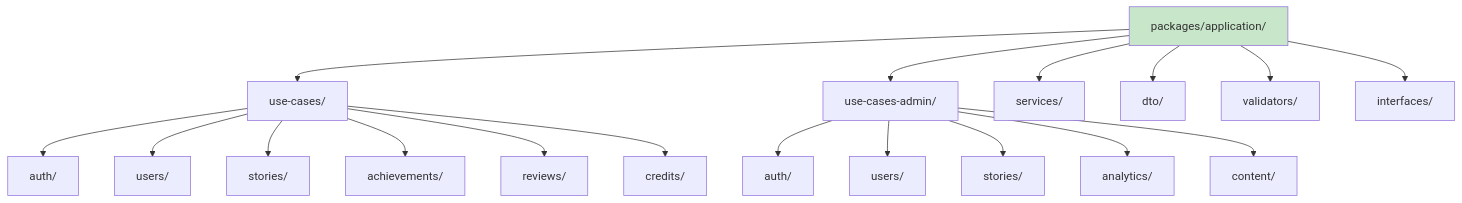
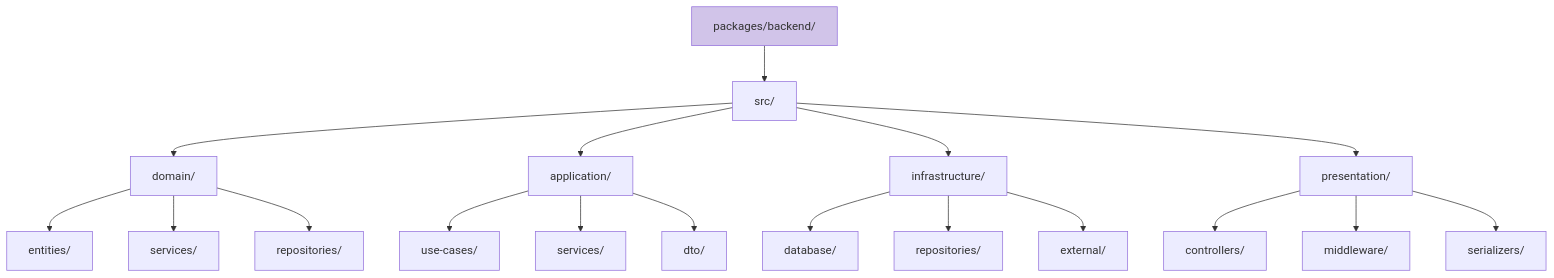
One commit to 90n9/talepick changed the fifth of 12 diagrams in FOLDER_STRUCTURE.md. Above: the diagram before and after it, drawn with Mermaid. The commit also changed other lines of this file and 46 other files, not shown here.

````diff
--- a/FOLDER_STRUCTURE.md
+++ b/FOLDER_STRUCTURE.md
@@ -175,24 +136,26 @@
 ```mermaid
 graph TD
-    A[packages/application/] --> B[use-cases/]
-    A --> C[use-cases-admin/]
-    A --> D[services/]
-    A --> E[dto/]
-    A --> F[validators/]
-    A --> G[interfaces/]
+    A[packages/backend/] --> B[src/]
+    B --> B1[domain/]
+    B --> B2[application/]
+    B --> B3[infrastructure/]
+    B --> B4[presentation/]
 
-    B --> B1[auth/]
-    B --> B2[users/]
-    B --> B3[stories/]
-    B --> B4[achievements/]
-    B --> B5[reviews/]
-    B --> B6[credits/]
+    B1 --> B1a[entities/]
+    B1 --> B1b[services/]
+    B1 --> B1c[repositories/]
 
-    C --> C1[auth/]
-    C --> C2[users/]
-    C --> C3[stories/]
-    C --> C4[analytics/]
-    C --> C5[content/]
+    B2 --> B2a[use-cases/]
+    B2 --> B2b[services/]
+    B2 --> B2c[dto/]
 
-    style A fill:#c8e6c9
+    B3 --> B3a[database/]
+    B3 --> B3b[repositories/]
+    B3 --> B3c[external/]
+
+    B4 --> B4a[controllers/]
+    B4 --> B4b[middleware/]
+    B4 --> B4c[serializers/]
+
+    style A fill:#d1c4e9
 ```
````
